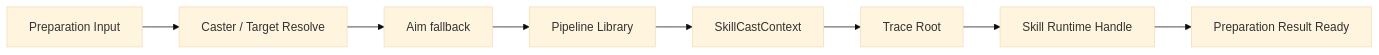
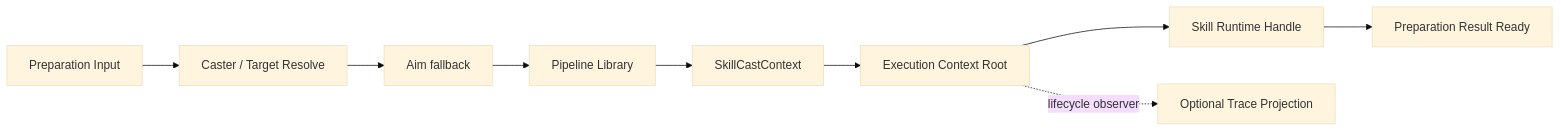
One commit to HOBOBO/AbilityKit changed the third of 3 diagrams in Docs/design/09-ImplementationExamples/MOBA/05-SkillExecutionDeepDive.md. Above: the diagram before and after it, drawn with Mermaid (base theme). The commit also changed other lines of this file and 1591 other files, not shown here.

````diff
--- a/Docs/design/09-ImplementationExamples/MOBA/05-SkillExecutionDeepDive.md
+++ b/Docs/design/09-ImplementationExamples/MOBA/05-SkillExecutionDeepDive.md
@@ -128,10 +128,11 @@
 ```mermaid
 flowchart LR
     Input[Preparation Input] --> Unit[Caster / Target Resolve]
     Unit --> Aim[Aim fallback]
     Aim --> Library[Pipeline Library]
     Library --> Context[SkillCastContext]
-    Context --> Trace[Trace Root]
-    Trace --> Runtime[Skill Runtime Handle]
+    Context --> Root[Execution Context Root]
+    Root --> Runtime[Skill Runtime Handle]
+    Root -. lifecycle observer .-> Trace[Optional Trace Projection]
     Runtime --> Ready[Preparation Result Ready]
 ```
````
